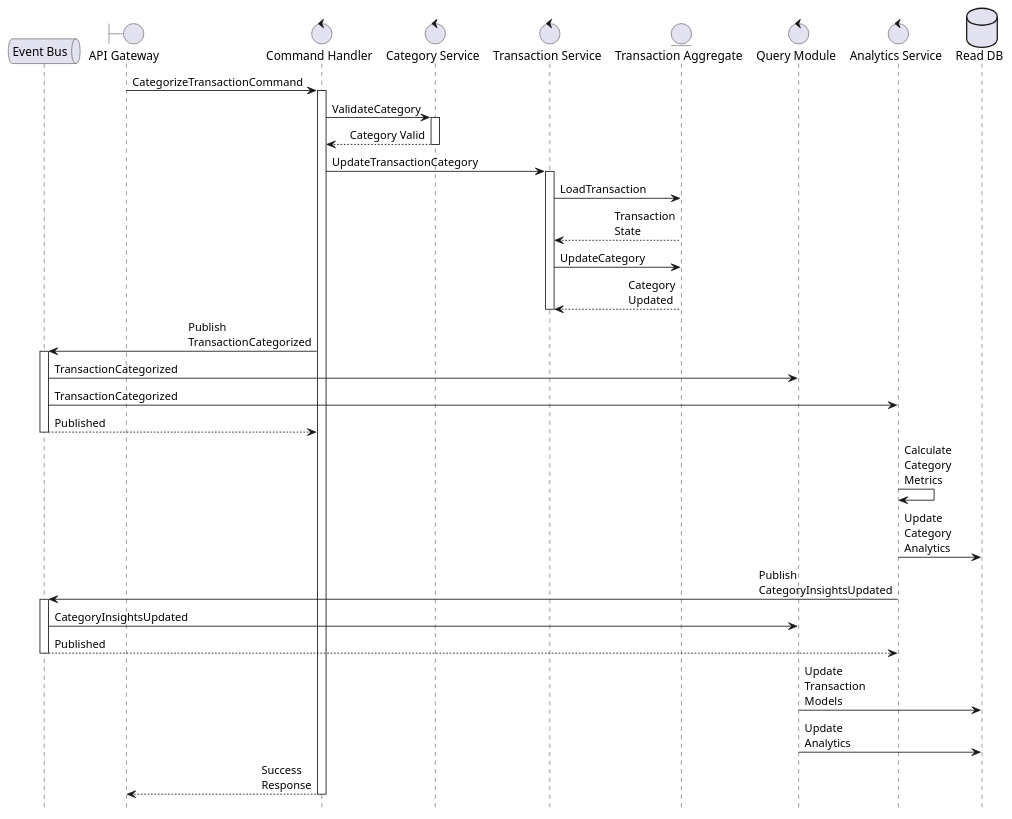
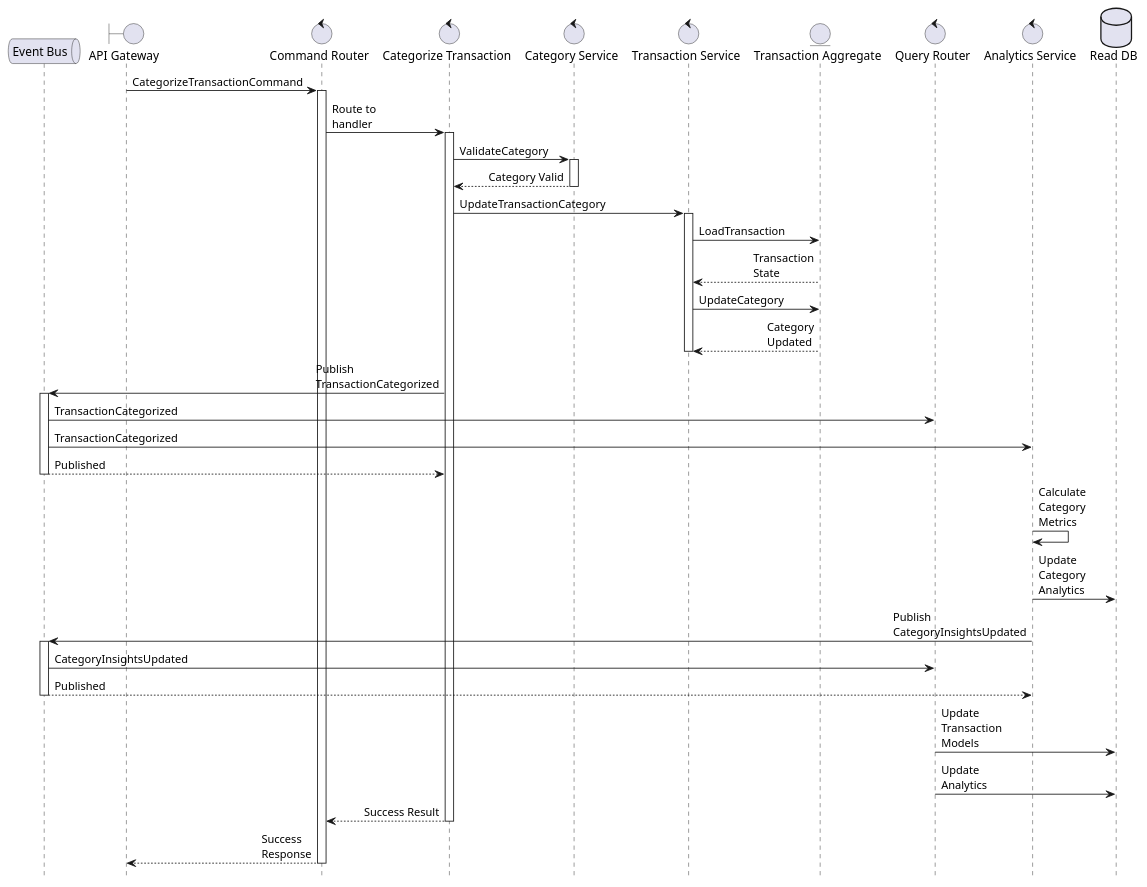
One commit to Osguima3/welz changed the second of 4 diagrams in docs/model/sequence-diagrams.md. Above: the diagram before and after it, drawn with PlantUML. The commit also changed other lines of this file and 59 other files, not shown here.

````diff
--- a/docs/model/sequence-diagrams.md
+++ b/docs/model/sequence-diagrams.md
@@ -92,59 +97,64 @@
 ```plantuml
 @startuml
 !pragma teoz true
 skinparam responseMessageBelowArrow true
 skinparam sequenceMessageAlign direction
 skinparam maxMessageSize 100
 skinparam participantPadding 20
 skinparam boxPadding 10
 hide footbox
 
 queue       "Event Bus"              as EB
 boundary    "API Gateway"            as API
-control     "Command Handler"        as CH
+control     "Command Router"         as CR
+control     "Categorize Transaction" as CAT
 control     "Category Service"       as CS
 control     "Transaction Service"    as TS
 entity      "Transaction Aggregate"  as TA
-control     "Query Module"           as QM
+control     "Query Router"           as QR
 control     "Analytics Service"      as AS
 database    "Read DB"               as DB
 
-API -> CH: CategorizeTransactionCommand
-activate CH
+API -> CR: CategorizeTransactionCommand
+activate CR
+CR -> CAT: Route to handler
+activate CAT
 
-CH -> CS: ValidateCategory
+CAT -> CS: ValidateCategory
 activate CS
-CS --> CH: Category Valid
+CS --> CAT: Category Valid
 deactivate CS
 
-CH -> TS: UpdateTransactionCategory
+CAT -> TS: UpdateTransactionCategory
 activate TS
 TS -> TA: LoadTransaction
 TA --> TS: Transaction State
 TS -> TA: UpdateCategory
 TA --> TS: Category Updated
 deactivate TS
 
-CH -> EB: Publish TransactionCategorized
+CAT -> EB: Publish TransactionCategorized
 activate EB
-EB -> QM: TransactionCategorized
+EB -> QR: TransactionCategorized
 EB -> AS: TransactionCategorized
-EB --> CH: Published
+EB --> CAT: Published
 deactivate EB
 
 AS -> AS: Calculate Category Metrics
 AS -> DB: Update Category Analytics
 
 AS -> EB: Publish CategoryInsightsUpdated
 activate EB
-EB -> QM: CategoryInsightsUpdated
+EB -> QR: CategoryInsightsUpdated
 EB --> AS: Published
 deactivate EB
 
-QM -> DB: Update Transaction Models
-QM -> DB: Update Analytics
+QR -> DB: Update Transaction Models
+QR -> DB: Update Analytics
 
-CH --> API: Success Response
-deactivate CH
+CAT --> CR: Success Result
+deactivate CAT
+CR --> API: Success Response
+deactivate CR
 @enduml
 ```
````
